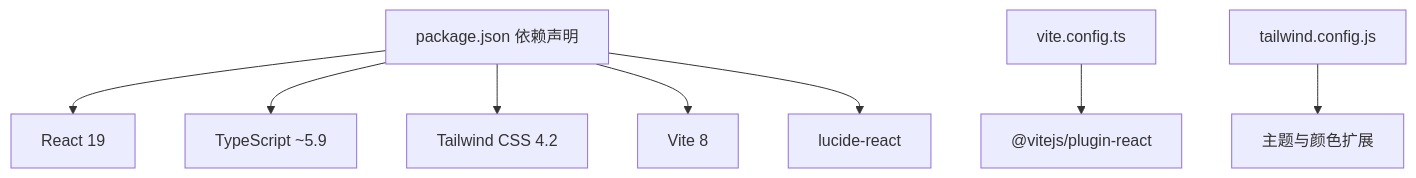
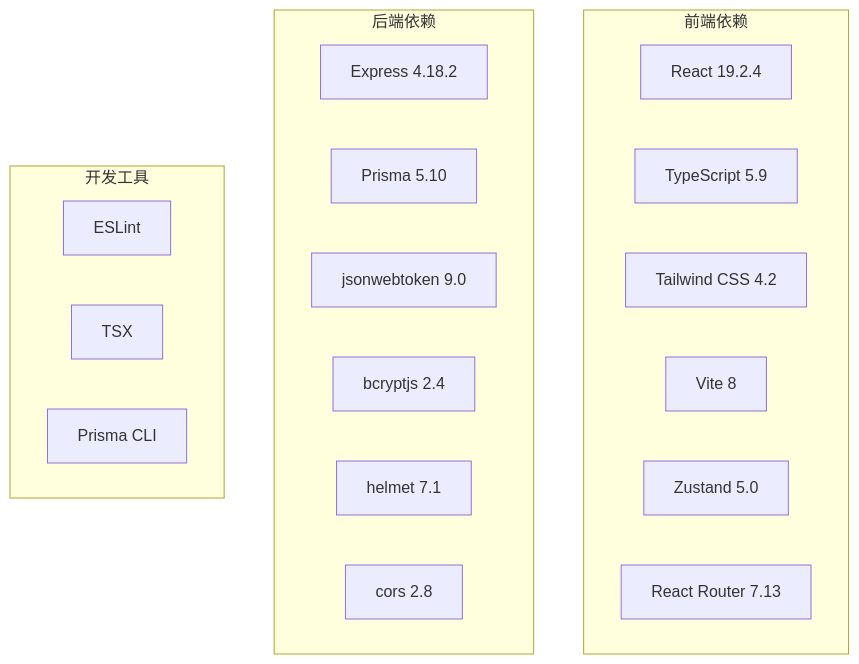
One commit to xianjianshenqu/SalesFlow-CRM changed the eighth of 8 diagrams in .qoder/repowiki/zh/content/架构设计/架构设计.md. Above: the diagram before and after it, drawn with Mermaid. The commit also changed other lines of this file and 17 other files, not shown here.

````diff
--- a/.qoder/repowiki/zh/content/架构设计/架构设计.md
+++ b/.qoder/repowiki/zh/content/架构设计/架构设计.md
@@ -230,10 +396,24 @@
 ```mermaid
 graph TB
-P["package.json 依赖声明"] --> R["React 19"]
-P --> T["TypeScript ~5.9"]
-P --> TW["Tailwind CSS 4.2"]
-P --> V["Vite 8"]
-P --> L["lucide-react"]
-VC["vite.config.ts"] --> PR["@vitejs/plugin-react"]
-TWCFG["tailwind.config.js"] --> THEME["主题与颜色扩展"]
+subgraph "前端依赖"
+REACT["React 19.2.4"]
+TYPESCRIPT["TypeScript 5.9"]
+TAILWIND["Tailwind CSS 4.2"]
+VITE["Vite 8"]
+ZUSTAND["Zustand 5.0"]
+ROUTER["React Router 7.13"]
+end
+subgraph "后端依赖"
+EXPRESS["Express 4.18.2"]
+PRISMA["Prisma 5.10"]
+JWT["jsonwebtoken 9.0"]
+BCRYPT["bcryptjs 2.4"]
+HELMET["helmet 7.1"]
+CORS["cors 2.8"]
+end
+subgraph "开发工具"
+ESLINT["ESLint"]
+TS_NODE["TSX"]
+PRISMA_CLI["Prisma CLI"]
+end
 ```
````
